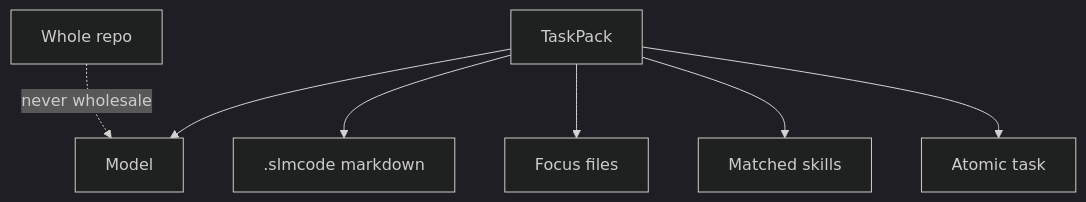
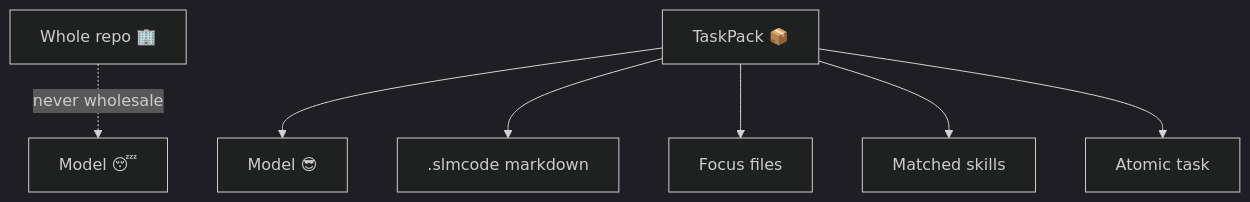
One commit to UnicoLab/smlcode changed the diagram in docs/concepts.md. Above: the diagram before and after it, drawn with Mermaid (dark theme). The commit also changed other lines of this file and 21 other files, not shown here.

````diff
--- a/docs/concepts.md
+++ b/docs/concepts.md
@@ -38,9 +47,9 @@
 ```mermaid
 flowchart TD
-  Repo[Whole repo] -.->|never wholesale| Model
-  Pack[TaskPack] --> Model
+  Repo[Whole repo 🏢] -.->|never wholesale| Model[Model 😴]
+  Pack[TaskPack 📦] --> Model2[Model 😎]
   Pack --> MD[.slmcode markdown]
   Pack --> Files[Focus files]
   Pack --> Skill[Matched skills]
   Pack --> Task[Atomic task]
 ```
````
